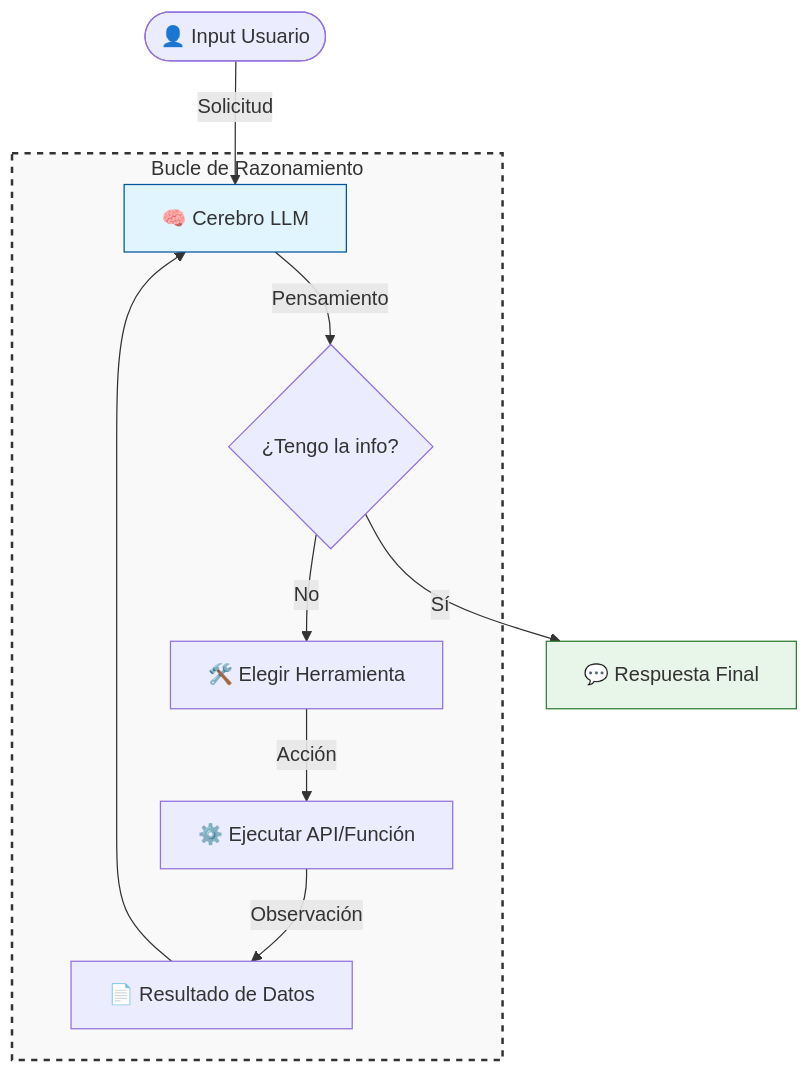
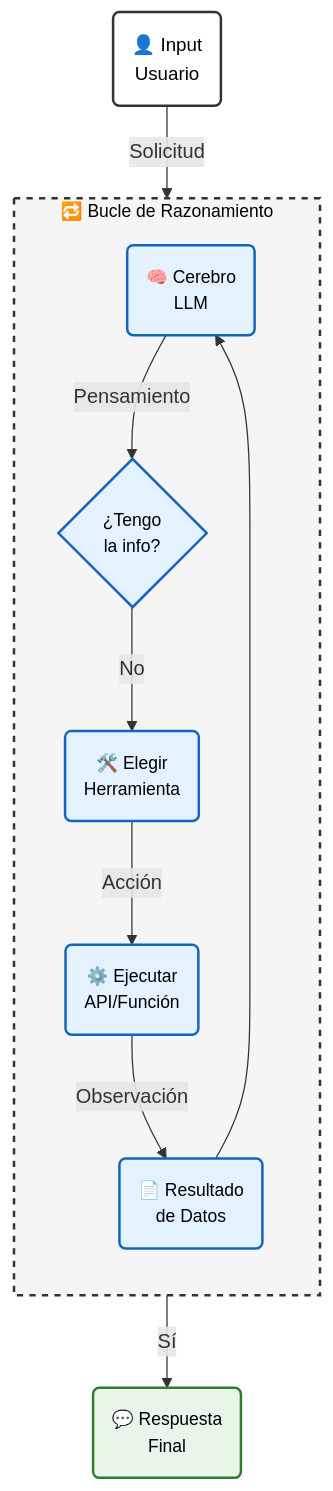
Before and after one commit to jccarvajal/Arquitectura-IA: the diagram in docs/guias/05-Ingenieria-Agentes.md, drawn with Mermaid.

````diff
--- a/docs/guias/05-Ingenieria-Agentes.md
+++ b/docs/guias/05-Ingenieria-Agentes.md
@@ -36,18 +36,29 @@
 ```mermaid
 graph TD
-    User([👤 Input Usuario]) -->|Solicitud| LLM[🧠 Cerebro LLM]
+    %% ESTILOS (Estética Unificada)
+    classDef base fill:#ffffff,stroke:#333,stroke-width:2px,color:#000,font-size:15px;
+    classDef blue fill:#e3f2fd,stroke:#1565c0,stroke-width:2px,color:#000,font-size:14px;
+    classDef green fill:#e8f5e9,stroke:#2e7d32,stroke-width:2px,color:#000,font-size:14px;
+    classDef grey fill:#f5f5f5,stroke:#333,stroke-width:2px,color:#000,stroke-dasharray: 5 5,font-size:14px;
+
+    %% NODOS
+    User(👤 Input<br/>Usuario) -->|Solicitud| LLM(🧠 Cerebro<br/>LLM)
+    class User base;
+    class LLM blue;
     
-    subgraph Ciclo_ReAct [Bucle de Razonamiento]
-        LLM -->|Pensamiento| Decide{¿Tengo la info?}
-        Decide -->|No| Tool[🛠️ Elegir Herramienta]
-        Tool -->|Acción| API[⚙️ Ejecutar API/Función]
-        API -->|Observación| Result[📄 Resultado de Datos]
+    %% SUBGRAFO DEL BUCLE
+    subgraph Ciclo_ReAct [🔁 Bucle de Razonamiento]
+        direction TB
+        LLM -->|Pensamiento| Decide{¿Tengo<br/>la info?}
+        Decide -->|No| Tool(🛠️ Elegir<br/>Herramienta)
+        Tool -->|Acción| API(⚙️ Ejecutar<br/>API/Función)
+        API -->|Observación| Result(📄 Resultado<br/>de Datos)
         Result --> LLM
     end
+    class Ciclo_ReAct grey;
+    class Decide,Tool,API,Result blue;
     
-    Decide -->|Sí| Final[💬 Respuesta Final]
-    
-    style Ciclo_ReAct fill:#f9f9f9,stroke:#333,stroke-width:2px,stroke-dasharray: 5 5
-    style LLM fill:#e1f5fe,stroke:#01579b
-    style Final fill:#e8f5e9,stroke:#2e7d32
+    %% SALIDA
+    Decide -->|Sí| Final(💬 Respuesta<br/>Final)
+    class Final green;
 ```
````
